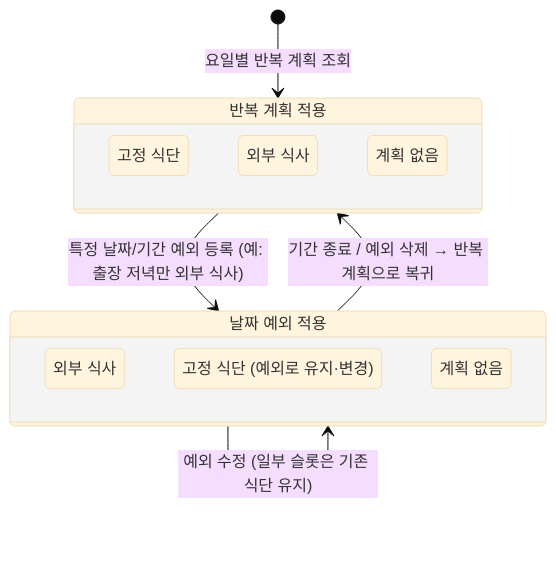
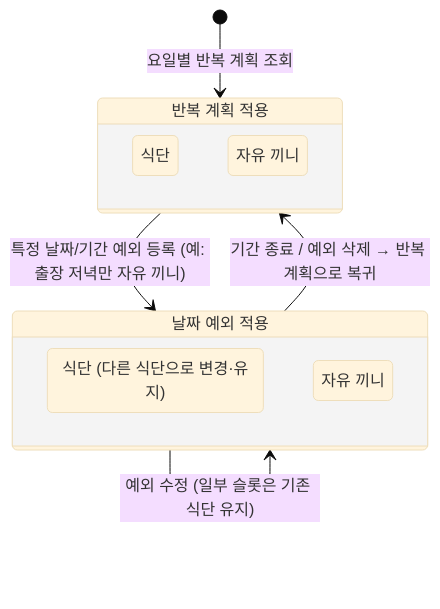
The second of 9 diagrams in docs/state-transitions.md (chaeseungyun/diet_management), drawn with Mermaid (base theme) before and after one commit. The commit also changed other lines of this file and 23 other files, not shown here.

````diff
--- a/docs/state-transitions.md
+++ b/docs/state-transitions.md
@@ -39,18 +39,16 @@
 ```mermaid
 stateDiagram-v2
     state "반복 계획 적용" as R {
-        고정식단_R : 고정 식단
-        외부식사_R : 외부 식사
-        계획없음_R : 계획 없음
+        식단_R : 식단
+        자유끼니_R : 자유 끼니
     }
     state "날짜 예외 적용" as O {
-        외부식사_O : 외부 식사
-        고정식단_O : 고정 식단 (예외로 유지·변경)
-        계획없음_O : 계획 없음
+        식단_O : 식단 (다른 식단으로 변경·유지)
+        자유끼니_O : 자유 끼니
     }
 
     [*] --> R : 요일별 반복 계획 조회
-    R --> O : 특정 날짜/기간 예외 등록 (예: 출장 저녁만 외부 식사)
+    R --> O : 특정 날짜/기간 예외 등록 (예: 출장 저녁만 자유 끼니)
     O --> O : 예외 수정 (일부 슬롯은 기존 식단 유지)
     O --> R : 기간 종료 / 예외 삭제 → 반복 계획으로 복귀
 ```
````
